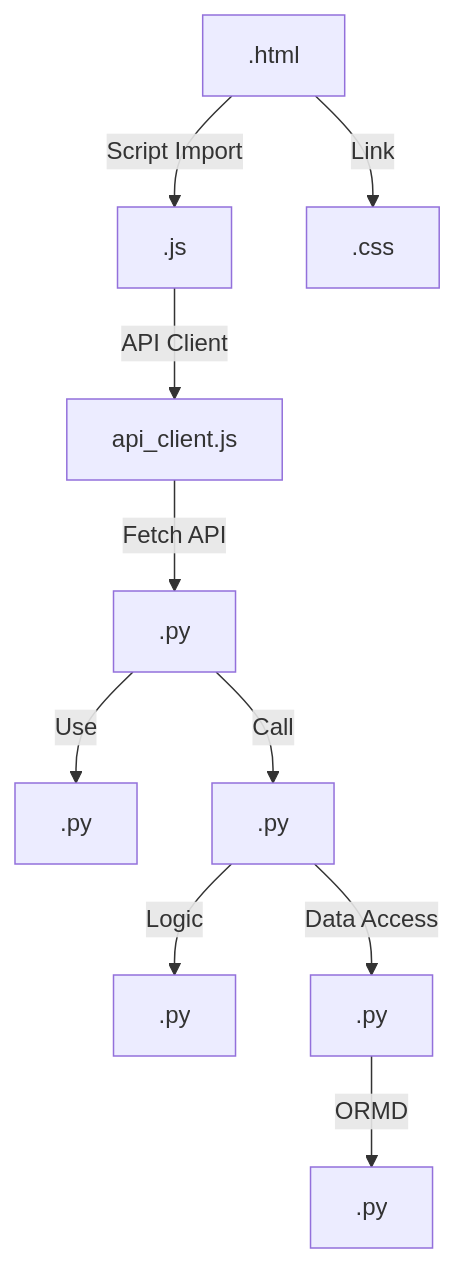
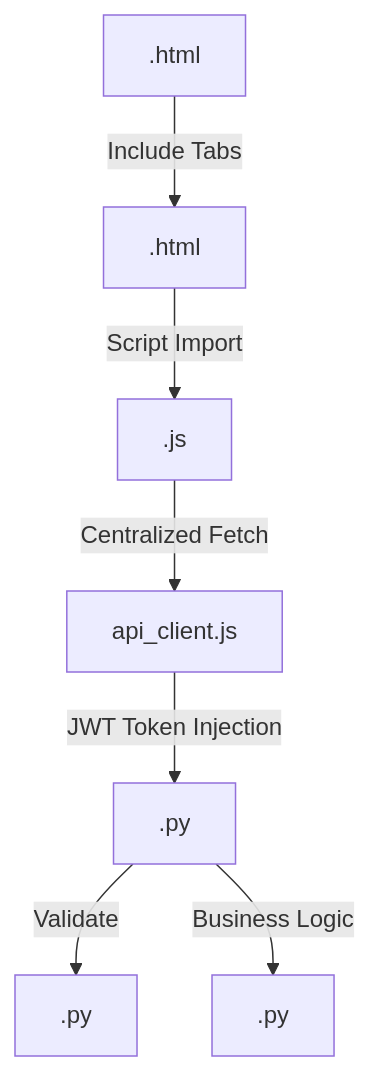
Before and after one commit to MarianoJAC/AUTOPASS: the diagram in GUIA_DESARROLLO.md, drawn with Mermaid. The commit also changed other lines of this file and 12 other files, not shown here.

````diff
--- a/GUIA_DESARROLLO.md
+++ b/GUIA_DESARROLLO.md
@@ -62,12 +53,9 @@
 ```mermaid
 graph TD
-    Templates[.html] -->|Script Import| JS[.js]
-    Templates -->|Link| CSS[.css]
-    JS -->|API Client| apiClient[api_client.js]
-    apiClient -->|Fetch API| Routers[.py]
-    Routers -->|Use| Schemas[.py]
-    Routers -->|Call| Services[.py]
-    Services -->|Logic| BillingService[.py]
-    Services -->|Data Access| Repositories[.py]
-    Repositories -->|ORMD| Models[.py]
+    Templates[.html] -->|Include Tabs| Fragments[.html]
+    Fragments -->|Script Import| JS[.js]
+    JS -->|Centralized Fetch| apiClient[api_client.js]
+    apiClient -->|JWT Token Injection| Routers[.py]
+    Routers -->|Validate| Schemas[.py]
+    Routers -->|Business Logic| BillingService[.py]
 ```
````
